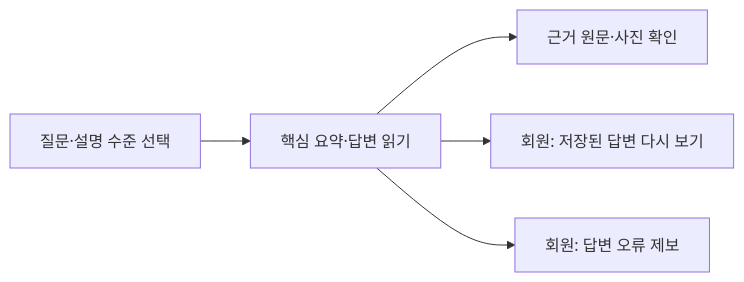
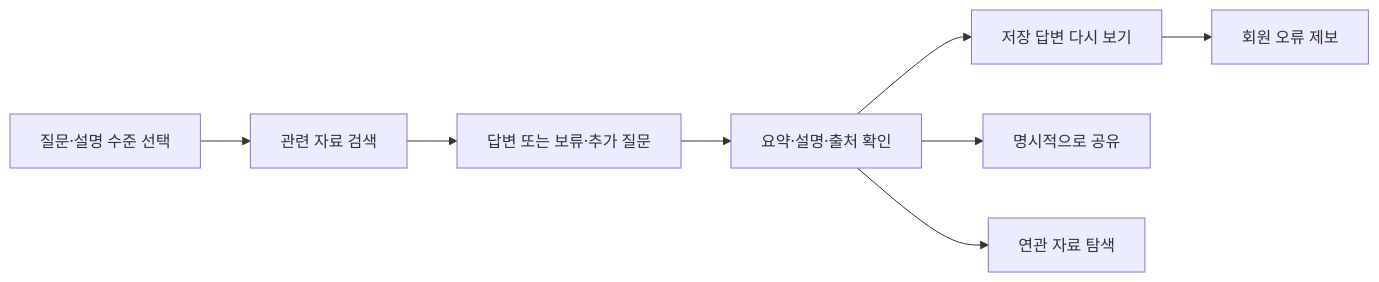
One commit to SpicyAutumn/SKN33-4th-1Team changed the first of 2 diagrams in README.md. Above: the diagram before and after it, drawn with Mermaid. The commit also changed other lines of this file and 8 other files, not shown here.

````diff
--- a/README.md
+++ b/README.md
@@ -23,7 +33,10 @@
 ```mermaid
 flowchart LR
-    Q[질문·설명 수준 선택] --> A[핵심 요약·답변 읽기]
-    A --> E[근거 원문·사진 확인]
-    A --> H[회원: 저장된 답변 다시 보기]
-    A --> R[회원: 답변 오류 제보]
+    A["질문·설명 수준 선택"] --> B["관련 자료 검색"]
+    B --> C["답변 또는 보류·추가 질문"]
+    C --> D["요약·설명·출처 확인"]
+    D --> E["저장 답변 다시 보기"]
+    D --> F["명시적으로 공유"]
+    D --> G["연관 자료 탐색"]
+    E --> H["회원 오류 제보"]
 ```
````
